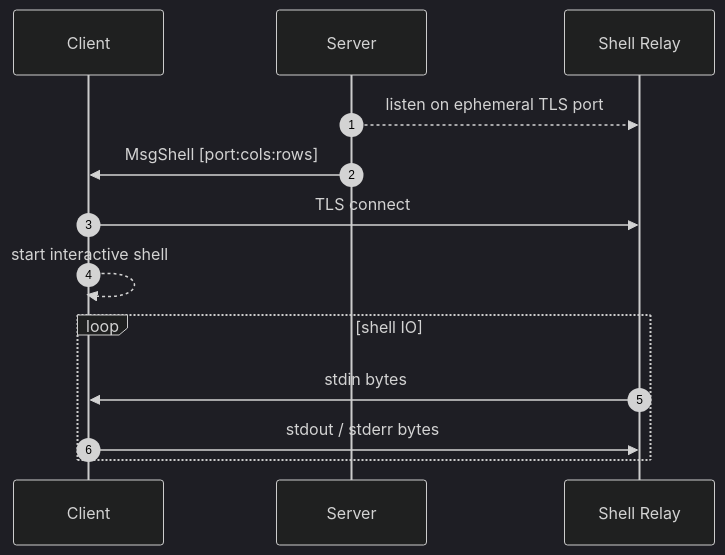
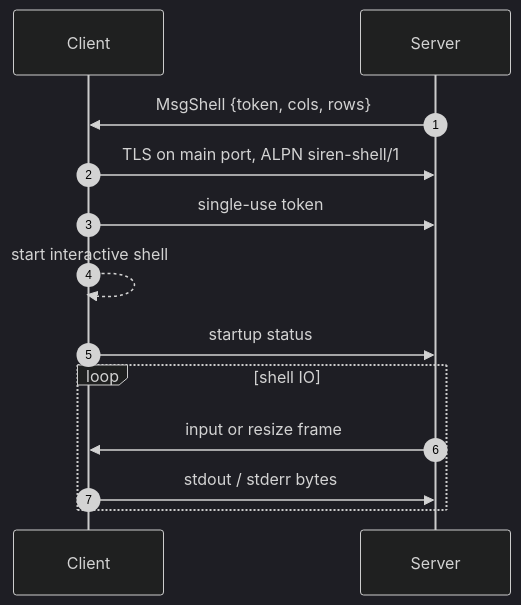
Before and after one commit to SignorMercurio/siren_docs: the fourth of 6 diagrams in content/docs/(siren)/protocol.mdx, drawn with Mermaid (dark theme). The commit also changed other lines of this file and 6 other files, not shown here.

Commit message:
docs(siren): document v2.30.5 shell and cleanup changes

````diff
--- a/content/docs/(siren)/protocol.mdx
+++ b/content/docs/(siren)/protocol.mdx
@@ -173,15 +173,15 @@
 ```mermaid
 sequenceDiagram
     autonumber
     participant C as Client
     participant S as Server
-    participant R as Shell Relay
-    S-->>R: listen on ephemeral TLS port
-    S->>C: MsgShell [port:cols:rows]
-    C->>R: TLS connect
+    S->>C: MsgShell {token, cols, rows}
+    C->>S: TLS on main port, ALPN siren-shell/1
+    C->>S: single-use token
     C-->>C: start interactive shell
+    C->>S: startup status
     loop shell IO
-        R->>C: stdin bytes
-        C->>R: stdout / stderr bytes
+        S->>C: input or resize frame
+        C->>S: stdout / stderr bytes
     end
 ```
````
